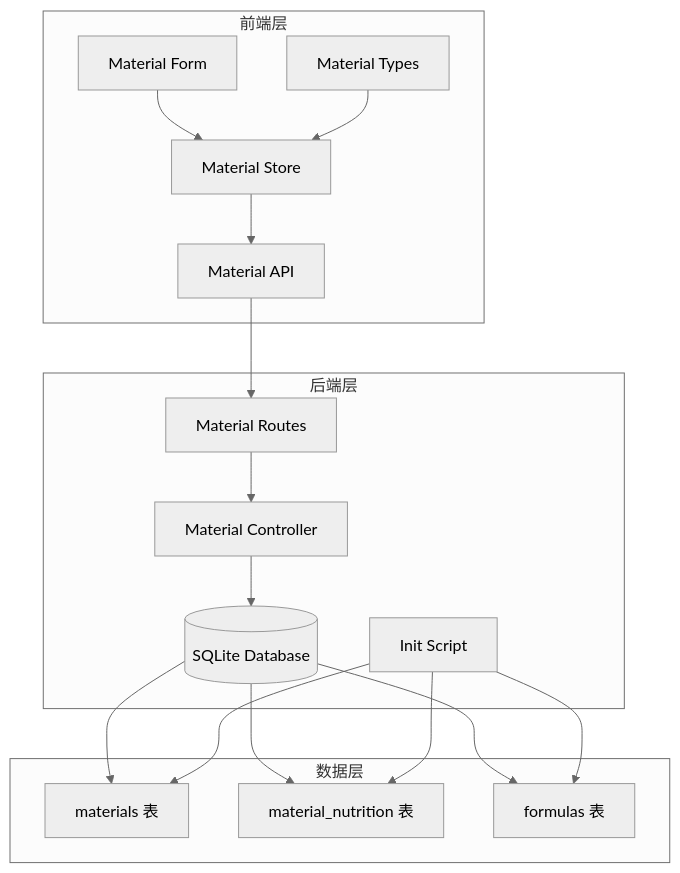
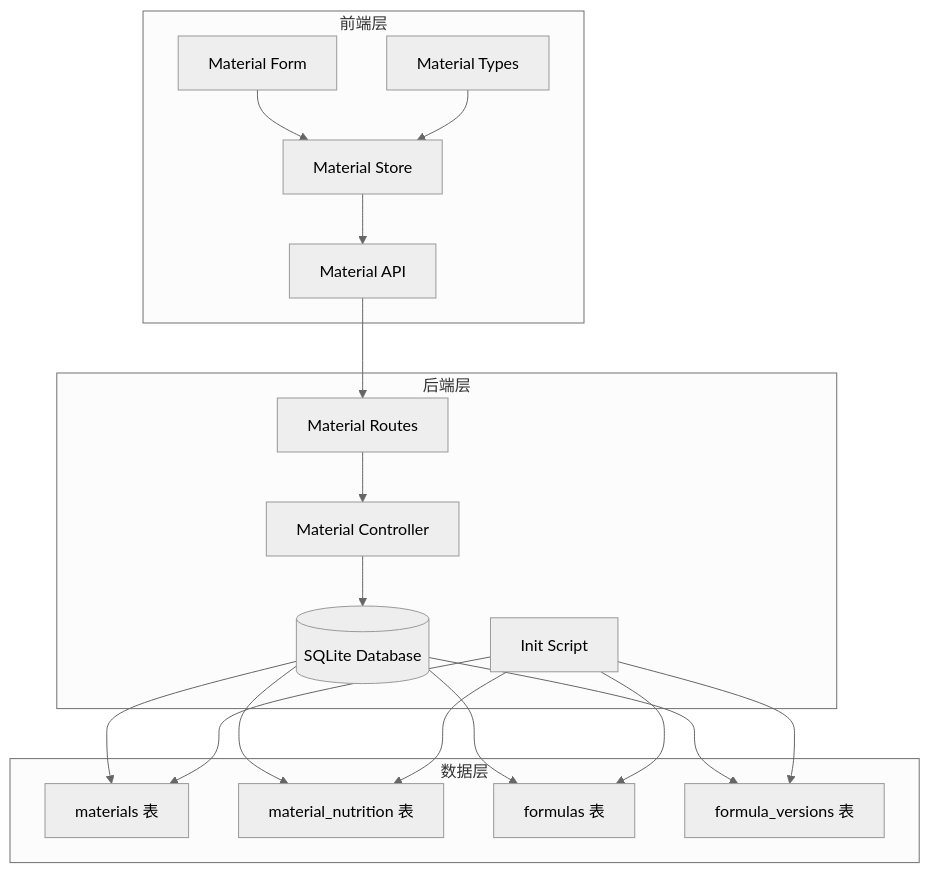
Before and after one commit to xpretycn/TingStudio: the first of 8 diagrams in .qoder/repowiki/zh/content/数据库设计/表结构详解/原料表 (materials).md, drawn with Mermaid (neutral theme). The commit also changed other lines of this file and 26 other files, not shown here.

````diff
--- a/.qoder/repowiki/zh/content/数据库设计/表结构详解/原料表 (materials).md
+++ b/.qoder/repowiki/zh/content/数据库设计/表结构详解/原料表 (materials).md
@@ -44,32 +54,35 @@
 ```mermaid
 graph TB
 subgraph "前端层"
 FE_API[Material API]
 FE_STORE[Material Store]
 FE_FORM[Material Form]
 FE_TYPES[Material Types]
 end
 subgraph "后端层"
 BE_ROUTE[Material Routes]
 BE_CTRL[Material Controller]
 BE_DB[(SQLite Database)]
 BE_INIT[Init Script]
 end
 subgraph "数据层"
 MAT_TABLE[materials 表]
 NUT_TABLE[material_nutrition 表]
 FORM_TABLE[formulas 表]
+VERSION_TABLE[formula_versions 表]
 end
 FE_API --> BE_ROUTE
 FE_STORE --> FE_API
 FE_FORM --> FE_STORE
 FE_TYPES --> FE_STORE
 BE_ROUTE --> BE_CTRL
 BE_CTRL --> BE_DB
 BE_DB --> MAT_TABLE
 BE_DB --> NUT_TABLE
 BE_DB --> FORM_TABLE
+BE_DB --> VERSION_TABLE
 BE_INIT --> MAT_TABLE
 BE_INIT --> NUT_TABLE
 BE_INIT --> FORM_TABLE
+BE_INIT --> VERSION_TABLE
 ```
````
